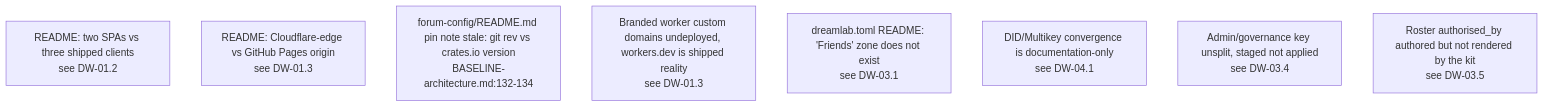
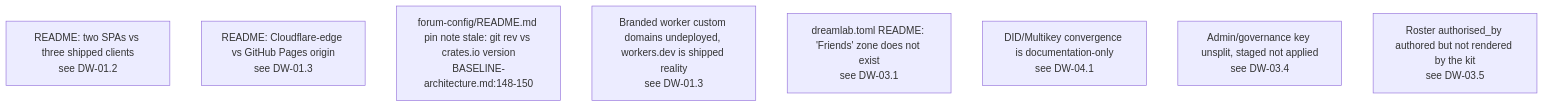
The fifth of 7 diagrams in docs/diagrams/dreamlab-ai-website/06-content-pipeline-and-invariants-register.md (DreamLab-AI/VisionFlow), drawn with Mermaid before and after one commit. The commit also changed other lines of this file and 111 other files, not shown here.

Commit message:
docs(diagrams): align estate maps with current source

````diff
--- a/docs/diagrams/dreamlab-ai-website/06-content-pipeline-and-invariants-register.md
+++ b/docs/diagrams/dreamlab-ai-website/06-content-pipeline-and-invariants-register.md
@@ -102,11 +102,11 @@
 ```mermaid
 flowchart TB
     D1["README: two SPAs vs three shipped clients<br/>see DW-01.2"]
     D2["README: Cloudflare-edge vs GitHub Pages origin<br/>see DW-01.3"]
-    D3["forum-config/README.md pin note stale: git rev vs crates.io version<br/>BASELINE-architecture.md:132-134"]
+    D3["forum-config/README.md pin note stale: git rev vs crates.io version<br/>BASELINE-architecture.md:148-150"]
     D4["Branded worker custom domains undeployed, workers.dev is shipped reality<br/>see DW-01.3"]
     D5["dreamlab.toml README: 'Friends' zone does not exist<br/>see DW-03.1"]
     D6["DID/Multikey convergence is documentation-only<br/>see DW-04.1"]
     D7["Admin/governance key unsplit, staged not applied<br/>see DW-03.4"]
     D8["Roster authorised_by authored but not rendered by the kit<br/>see DW-03.5"]
 ```
````
